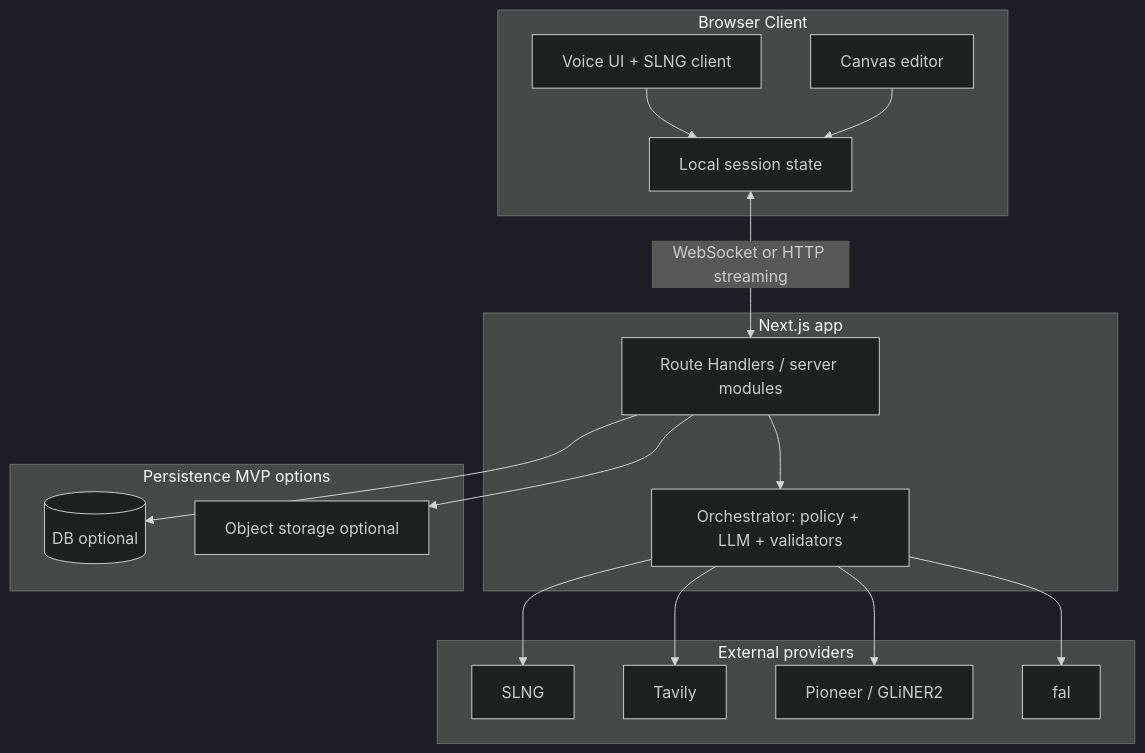
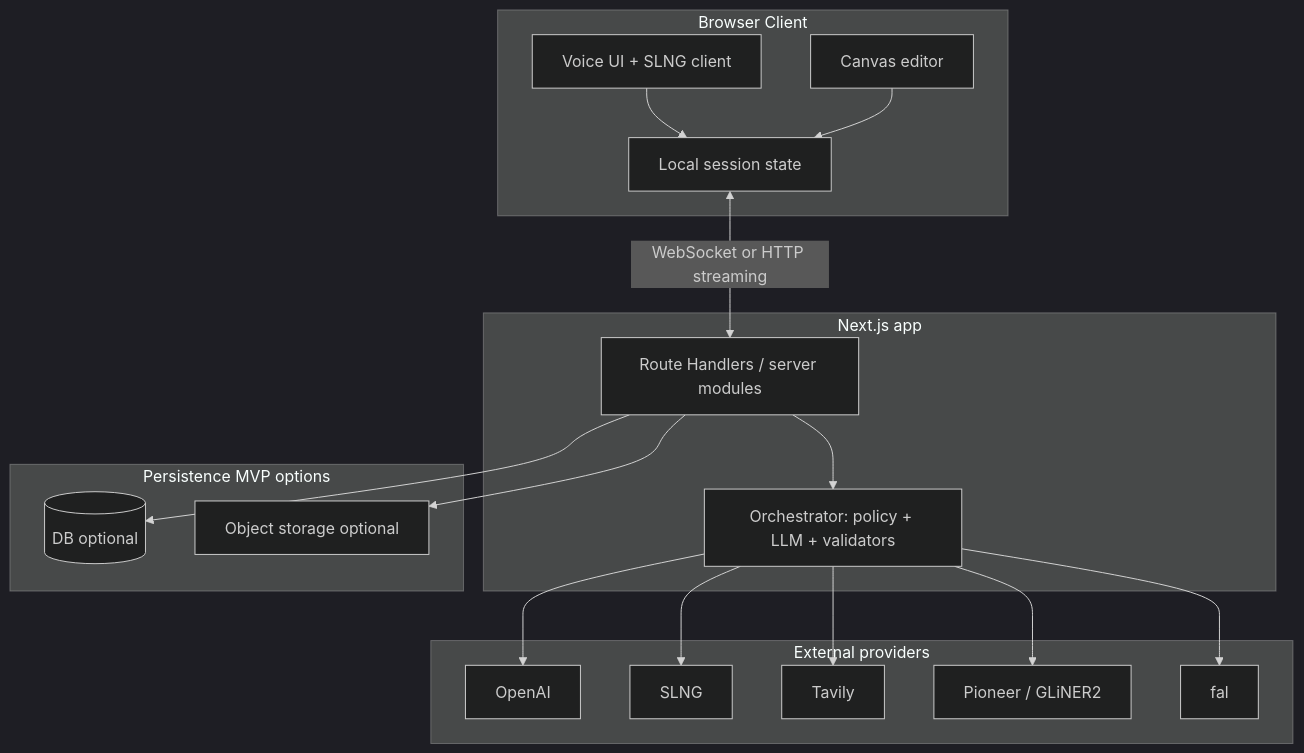
The first of 5 diagrams in docs/PROJECT.md (tihado/lumen), drawn with Mermaid (dark theme) before and after one commit. The commit also changed other lines of this file and 4 other files, not shown here.

````diff
--- a/docs/PROJECT.md
+++ b/docs/PROJECT.md
@@ -181,36 +186,38 @@
 ```mermaid
 flowchart TB
   subgraph client [Browser Client]
     VUI[Voice UI + SLNG client]
     CAN[Canvas editor]
     ST[Local session state]
     VUI --> ST
     CAN --> ST
   end
 
   subgraph next [Next.js app]
     RH[Route Handlers / server modules]
     ORC[Orchestrator: policy + LLM + validators]
     RH --> ORC
   end
 
   subgraph providers [External providers]
+    OA[OpenAI]
     SLNG[SLNG]
     TAV[Tavily]
     PION[Pioneer / GLiNER2]
     FAL[fal]
   end
 
   ST <-->|WebSocket or HTTP streaming| RH
+  ORC --> OA
   ORC --> SLNG
   ORC --> TAV
   ORC --> PION
   ORC --> FAL
 
   subgraph data [Persistence MVP options]
     DB[(DB optional)]
     FS[Object storage optional]
   end
   RH --> DB
   RH --> FS
 ```
````
